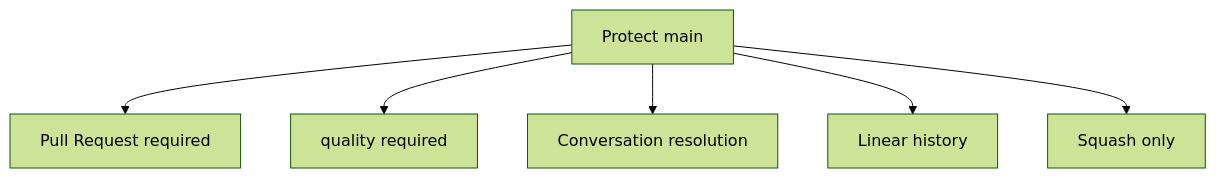
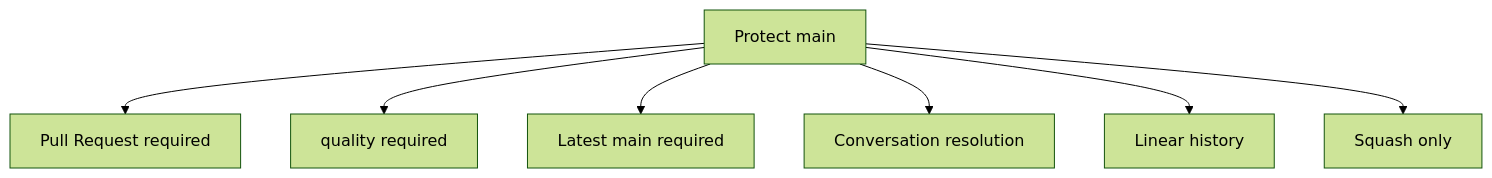
One commit to k-systems202208/nextjs-supabase-vercel-webapp-template changed the second of 4 diagrams in docs/GITHUB-SETUP.md. Above: the diagram before and after it, drawn with Mermaid (forest theme). The commit also changed other lines of this file and 5 other files, not shown here.

````diff
--- a/docs/GITHUB-SETUP.md
+++ b/docs/GITHUB-SETUP.md
@@ -72,8 +75,9 @@
 ```mermaid
 flowchart TD
     R["Protect main"] --> P["Pull Request required"]
     R --> Q["quality required"]
+    R --> U["Latest main required"]
     R --> C["Conversation resolution"]
     R --> L["Linear history"]
     R --> S["Squash only"]
 ```
````
